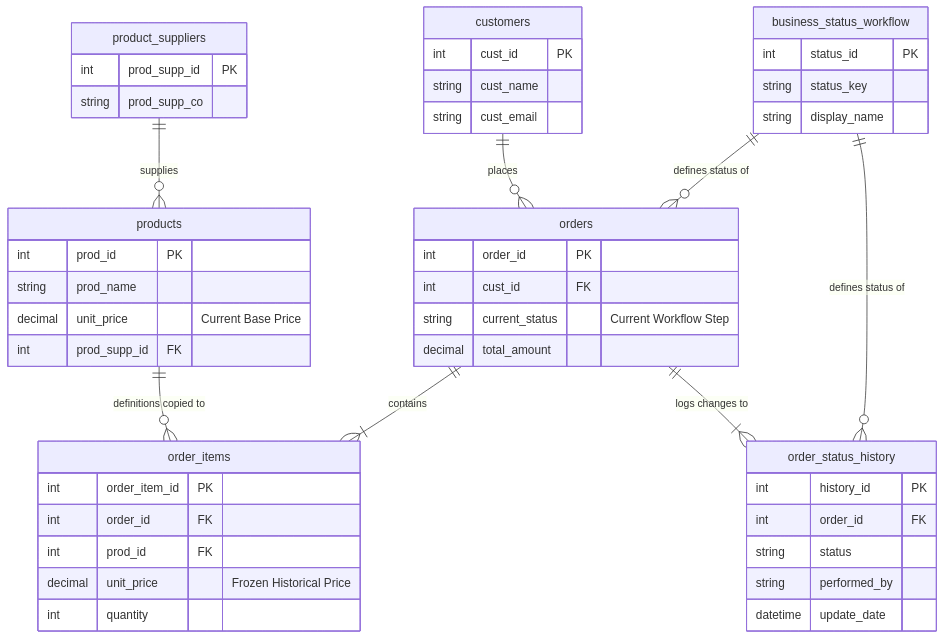
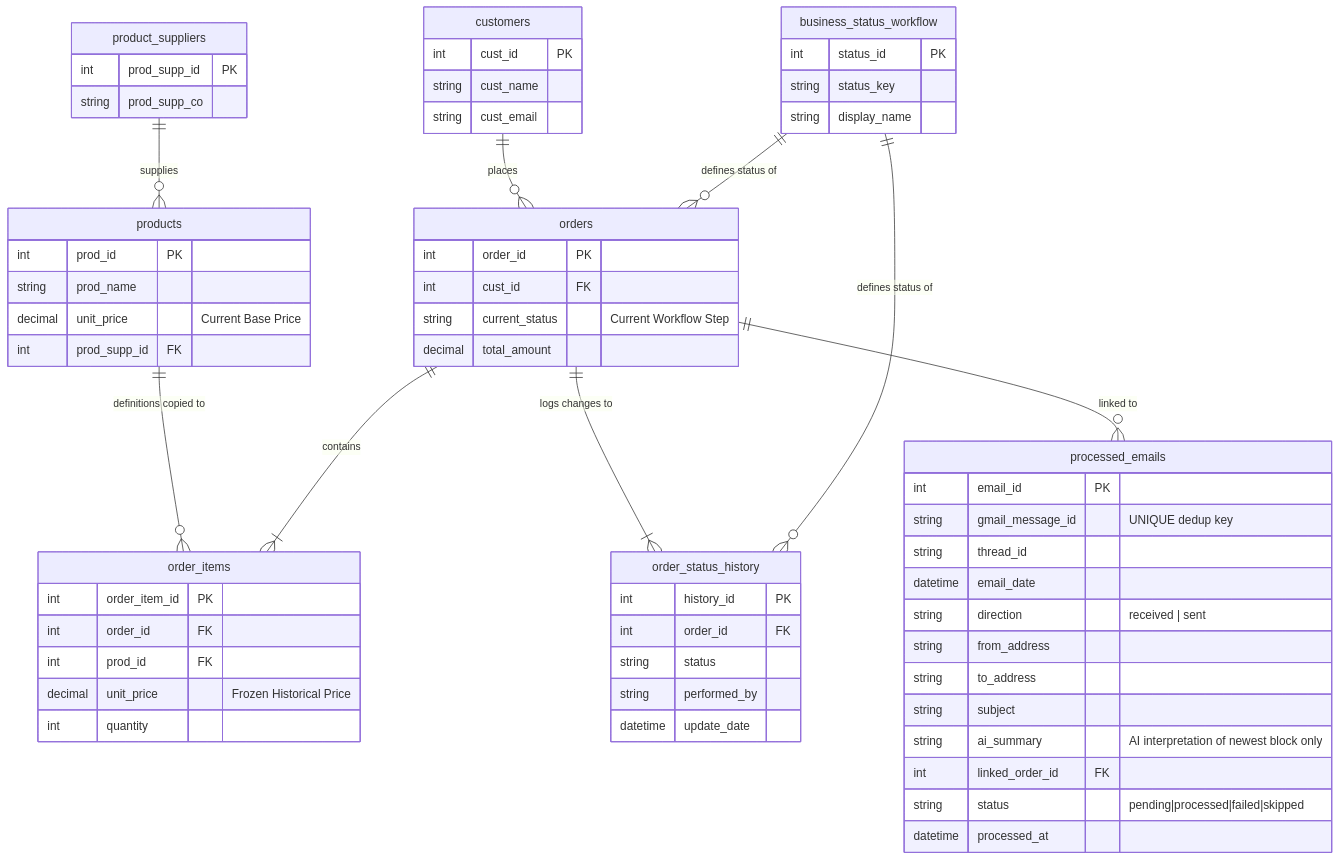
Before and after one commit to blian24/coolkonyha-solo-vibe: the diagram in docs/architecture/database-schema.md, drawn with Mermaid. The commit also changed other lines of this file and 25 other files, not shown here.

````diff
--- a/docs/architecture/database-schema.md
+++ b/docs/architecture/database-schema.md
@@ -15,57 +15,73 @@
 ```mermaid
 erDiagram
     customers ||--o{ orders : places
     product_suppliers ||--o{ products : supplies
     products ||--o{ order_items : "definitions copied to"
     orders ||--|{ order_items : contains
     orders ||--|{ order_status_history : "logs changes to"
+    orders ||--o{ processed_emails : "linked to"
     business_status_workflow ||--o{ orders : "defines status of"
     business_status_workflow ||--o{ order_status_history : "defines status of"
 
     customers {
         int cust_id PK
         string cust_name
         string cust_email
     }
 
     products {
         int prod_id PK
         string prod_name
         decimal unit_price "Current Base Price"
         int prod_supp_id FK
     }
 
     product_suppliers {
         int prod_supp_id PK
         string prod_supp_co
     }
 
     orders {
         int order_id PK
         int cust_id FK
         string current_status "Current Workflow Step"
         decimal total_amount
     }
 
     order_items {
         int order_item_id PK
         int order_id FK
         int prod_id FK
         decimal unit_price "Frozen Historical Price"
         int quantity
     }
 
     order_status_history {
         int history_id PK
         int order_id FK
         string status
         string performed_by
         datetime update_date
     }
 
     business_status_workflow {
         int status_id PK
         string status_key
         string display_name
     }
+
+    processed_emails {
+        int email_id PK
+        string gmail_message_id "UNIQUE dedup key"
+        string thread_id
+        datetime email_date
+        string direction "received | sent"
+        string from_address
+        string to_address
+        string subject
+        string ai_summary "AI interpretation of newest block only"
+        int linked_order_id FK
+        string status "pending|processed|failed|skipped"
+        datetime processed_at
+    }
 ```
````
